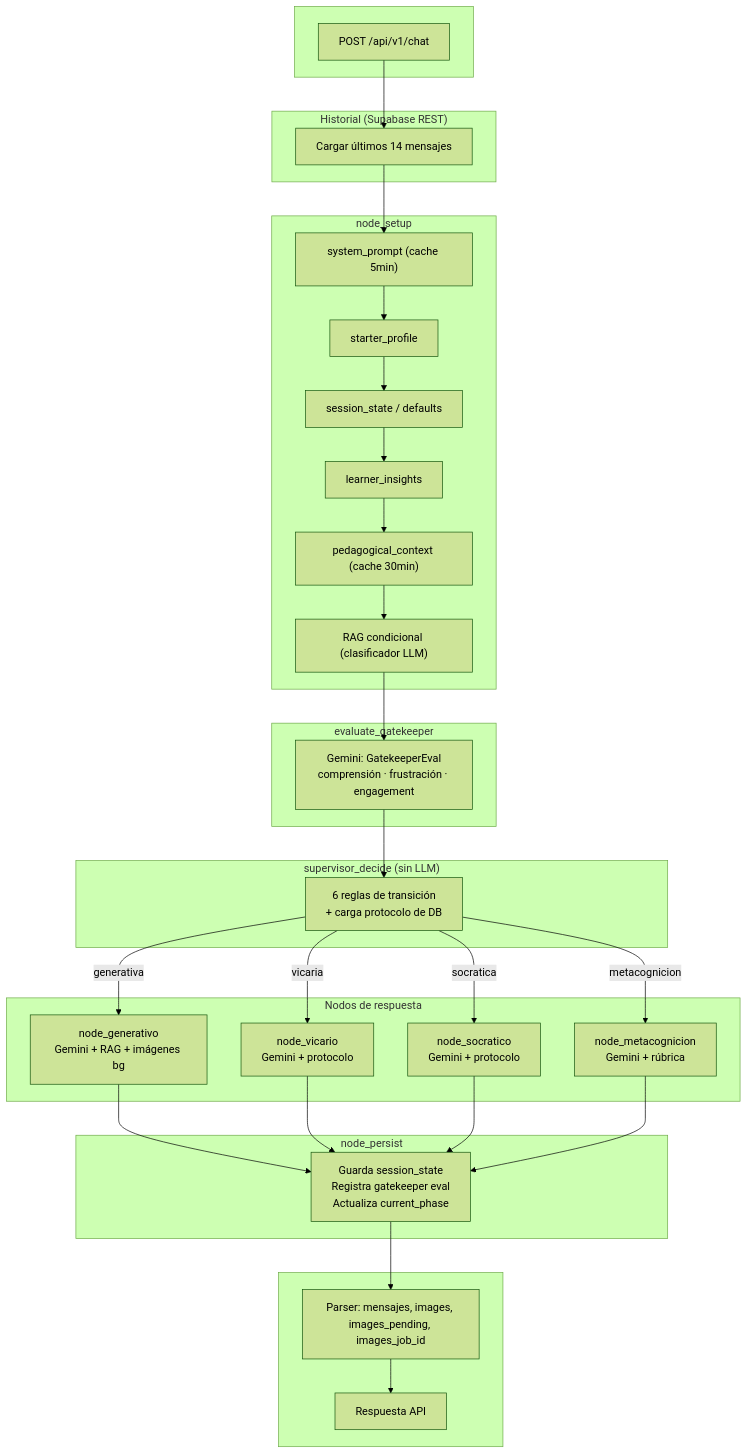
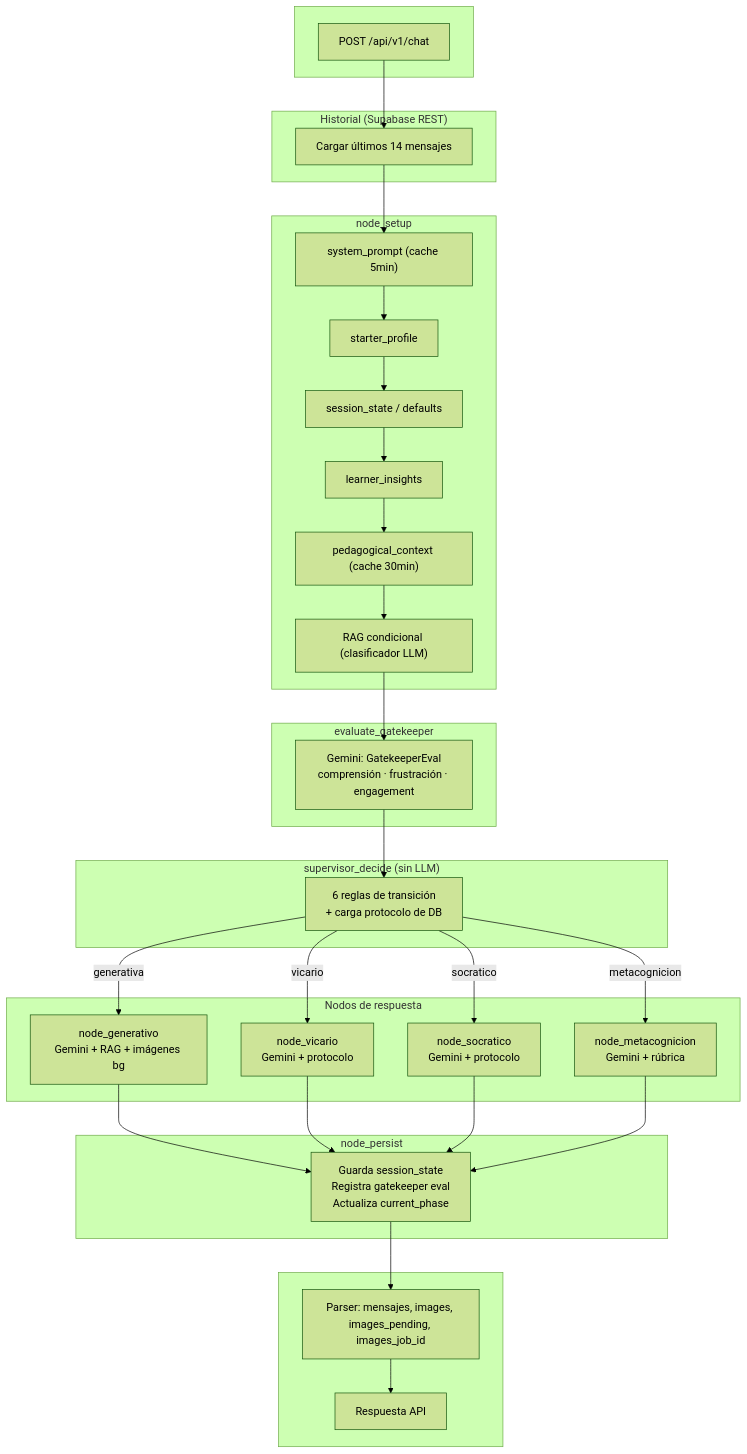
The diagram in docs/flujo-agente.md (hublecarpio/biex_backend), drawn with Mermaid (forest theme) before and after one commit. The commit also changed other lines of this file and 1 other file, not shown here.

Commit message:
docs: fix phase names vicaria+socratica to vicario+socratico

````diff
--- a/docs/flujo-agente.md
+++ b/docs/flujo-agente.md
@@ -80,49 +80,49 @@
 ```mermaid
 flowchart TB
     subgraph entrada[" "]
         A["POST /api/v1/chat"]
     end
     subgraph historia["Historial (Supabase REST)"]
         B["Cargar últimos 14 mensajes"]
     end
     subgraph setup["node_setup"]
         C["system_prompt (cache 5min)"]
         D["starter_profile"]
         E["session_state / defaults"]
         F["learner_insights"]
         G["pedagogical_context (cache 30min)"]
         H["RAG condicional (clasificador LLM)"]
     end
     subgraph gatekeeper["evaluate_gatekeeper"]
         I["Gemini: GatekeeperEval\ncomprensión · frustración · engagement"]
     end
     subgraph supervisor["supervisor_decide (sin LLM)"]
         J["6 reglas de transición\n+ carga protocolo de DB"]
     end
     subgraph nodos["Nodos de respuesta"]
         K["node_generativo\nGemini + RAG + imágenes bg"]
         L["node_vicario\nGemini + protocolo"]
         M["node_socratico\nGemini + protocolo"]
         N["node_metacognicion\nGemini + rúbrica"]
     end
     subgraph persist["node_persist"]
         O["Guarda session_state\nRegistra gatekeeper eval\nActualiza current_phase"]
     end
     subgraph salida[" "]
         P["Parser: mensajes, images, images_pending, images_job_id"]
         Q["Respuesta API"]
     end
 
     A --> B --> C
     C --> D --> E --> F --> G --> H
     H --> I --> J
     J -->|generativa| K
-    J -->|vicaria| L
-    J -->|socratica| M
+    J -->|vicario| L
+    J -->|socratico| M
     J -->|metacognicion| N
     K --> O
     L --> O
     M --> O
     N --> O
     O --> P --> Q
 ```
````
